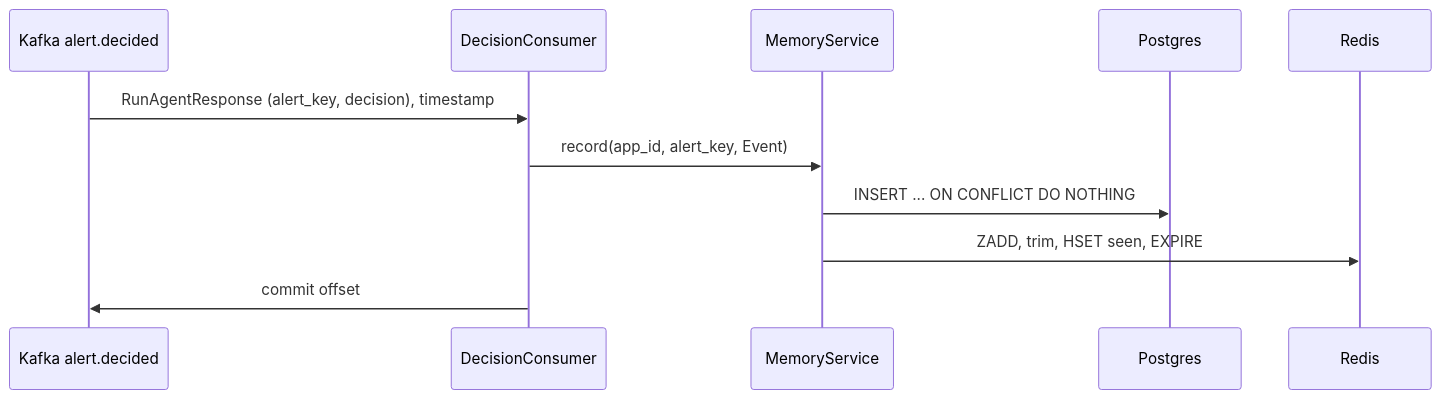
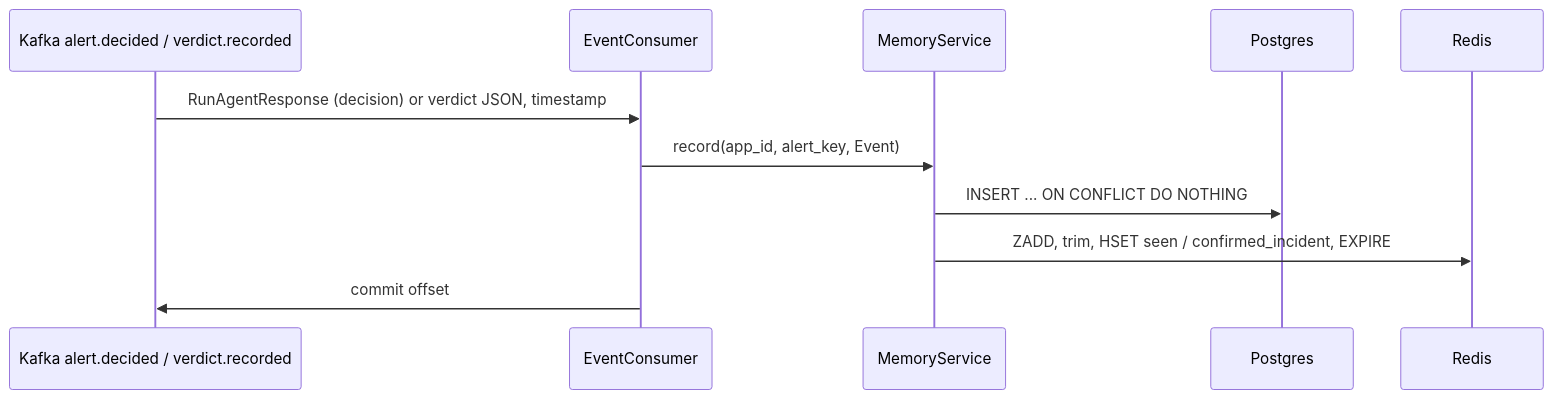
One commit to SrikanthArgp/agentic-platform changed the fourth of 4 diagrams in backend/services/memory-store/CLASS_DIAGRAM.md. Above: the diagram before and after it, drawn with Mermaid. The commit also changed other lines of this file and 20 other files, not shown here.

````diff
--- a/backend/services/memory-store/CLASS_DIAGRAM.md
+++ b/backend/services/memory-store/CLASS_DIAGRAM.md
@@ -333,13 +350,13 @@
 ```mermaid
 sequenceDiagram
-    participant K as Kafka alert.decided
-    participant C as DecisionConsumer
+    participant K as Kafka alert.decided / verdict.recorded
+    participant C as EventConsumer
     participant S as MemoryService
     participant P as Postgres
     participant R as Redis
-    K->>C: RunAgentResponse (alert_key, decision), timestamp
+    K->>C: RunAgentResponse (decision) or verdict JSON, timestamp
     C->>S: record(app_id, alert_key, Event)
     S->>P: INSERT ... ON CONFLICT DO NOTHING
-    S->>R: ZADD, trim, HSET seen, EXPIRE
+    S->>R: ZADD, trim, HSET seen / confirmed_incident, EXPIRE
     C->>K: commit offset
 ```
````
